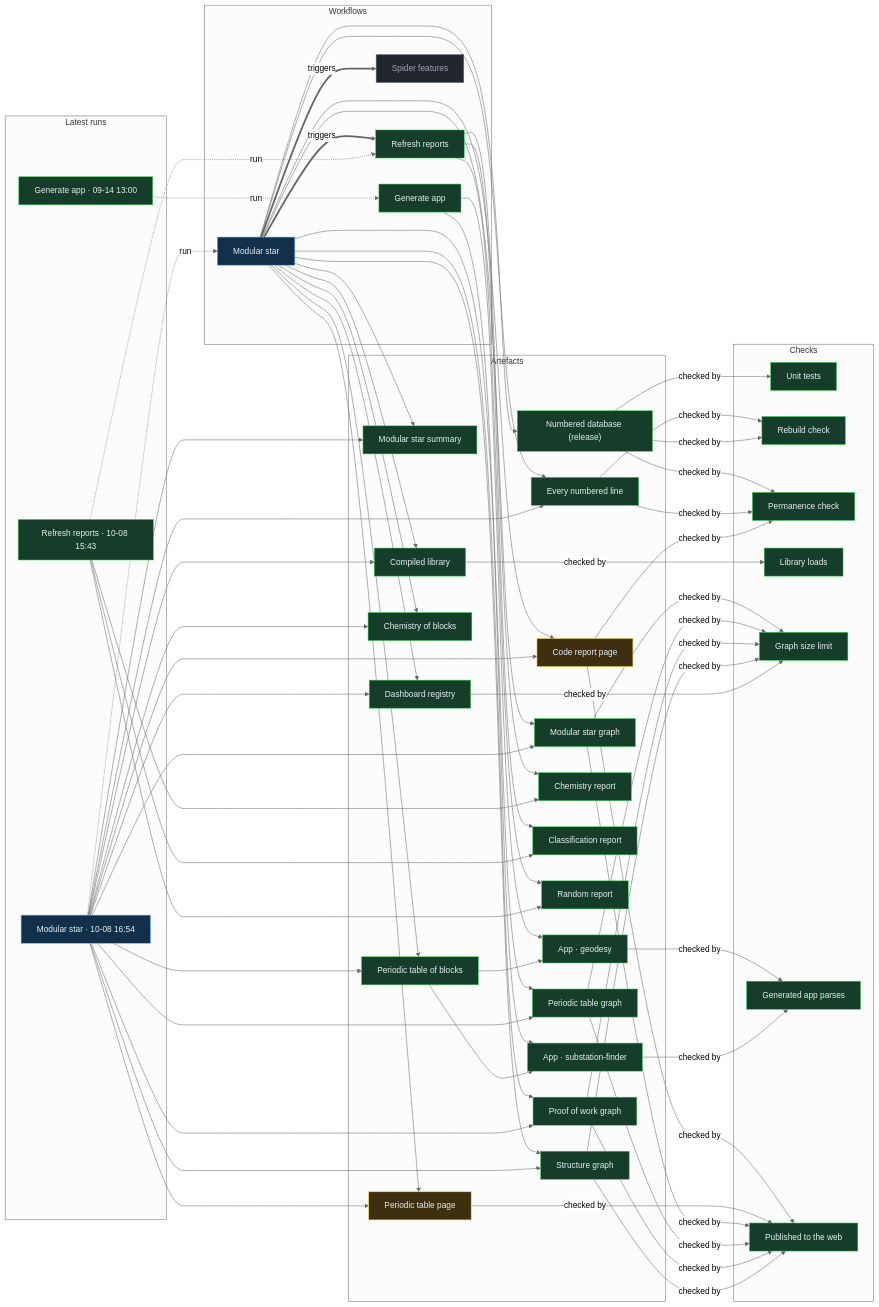
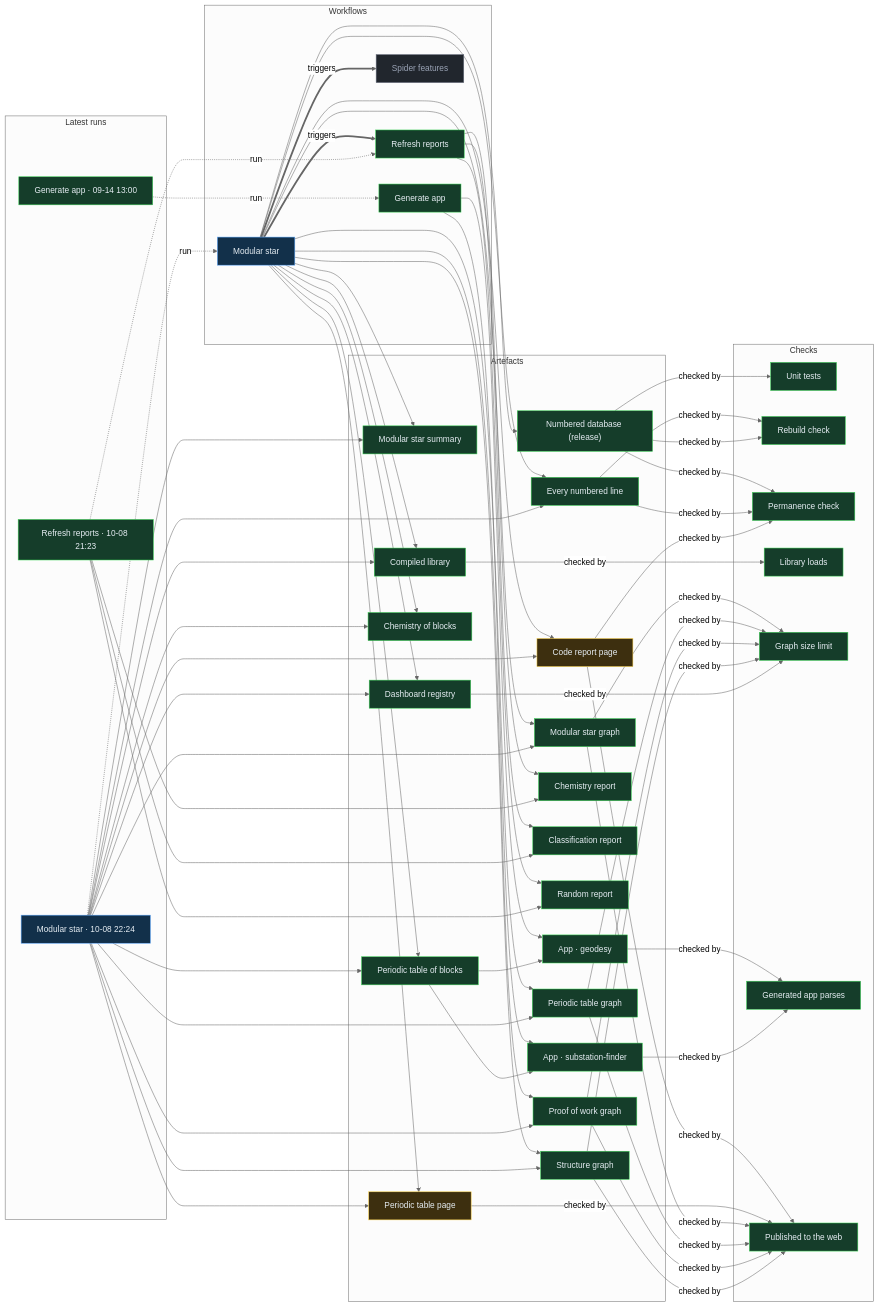
Before and after one commit to Ventusltd/stars: the diagram in proof/PROOF.md, drawn with Mermaid (neutral theme). The commit also changed other lines of this file and 34 other files, not shown here.

Commit message:
Modular star 2026-10-08T22:27Z

```diff
--- a/proof/PROOF.md
+++ b/proof/PROOF.md
@@ -24,8 +24,8 @@
   n_wf_spider_features["Spider features"]:::off
   end
   subgraph g_runs["Latest runs"]
-  n_run_37812383206["Modular star · 10-08 16:54"]:::live
-  n_run_37803147389["Refresh reports · 10-08 15:43"]:::ok
+  n_run_37853262440["Modular star · 10-08 22:24"]:::live
+  n_run_37846481859["Refresh reports · 10-08 21:23"]:::ok
   n_run_34846587798["Generate app · 09-14 13:00"]:::ok
   end
   subgraph g_artefacts["Artefacts"]
@@ -59,39 +59,39 @@
   end
   n_wf_modular_star == triggers ==> n_wf_refresh
   n_wf_modular_star == triggers ==> n_wf_spider_features
-  n_run_37812383206 -. run .-> n_wf_modular_star
-  n_run_37803147389 -. run .-> n_wf_refresh
+  n_run_37853262440 -. run .-> n_wf_modular_star
+  n_run_37846481859 -. run .-> n_wf_refresh
   n_run_34846587798 -. run .-> n_wf_generate
   n_wf_modular_star --> n_art_summary
-  n_run_37812383206 --> n_art_summary
+  n_run_37853262440 --> n_art_summary
   n_wf_modular_star --> n_art_lines
-  n_run_37812383206 --> n_art_lines
+  n_run_37853262440 --> n_art_lines
   n_wf_modular_star --> n_art_code
-  n_run_37812383206 --> n_art_code
+  n_run_37853262440 --> n_art_code
   n_wf_modular_star --> n_art_modular_graph
-  n_run_37812383206 --> n_art_modular_graph
+  n_run_37853262440 --> n_art_modular_graph
   n_wf_modular_star --> n_art_blocks
-  n_run_37812383206 --> n_art_blocks
+  n_run_37853262440 --> n_art_blocks
   n_wf_modular_star --> n_art_table
-  n_run_37812383206 --> n_art_table
+  n_run_37853262440 --> n_art_table
   n_wf_modular_star --> n_art_blocks_graph
-  n_run_37812383206 --> n_art_blocks_graph
+  n_run_37853262440 --> n_art_blocks_graph
   n_wf_modular_star --> n_art_reactions
-  n_run_37812383206 --> n_art_reactions
+  n_run_37853262440 --> n_art_reactions
   n_wf_modular_star --> n_art_library
-  n_run_37812383206 --> n_art_library
+  n_run_37853262440 --> n_art_library
   n_wf_modular_star --> n_art_features
-  n_run_37812383206 --> n_art_features
+  n_run_37853262440 --> n_art_features
   n_wf_modular_star --> n_art_proof
-  n_run_37812383206 --> n_art_proof
+  n_run_37853262440 --> n_art_proof
   n_wf_modular_star --> n_art_structure
-  n_run_37812383206 --> n_art_structure
+  n_run_37853262440 --> n_art_structure
   n_wf_refresh --> n_art_chemistry
-  n_run_37803147389 --> n_art_chemistry
+  n_run_37846481859 --> n_art_chemistry
   n_wf_refresh --> n_art_vedic
-  n_run_37803147389 --> n_art_vedic
+  n_run_37846481859 --> n_art_vedic
   n_wf_refresh --> n_art_random
-  n_run_37803147389 --> n_art_random
+  n_run_37846481859 --> n_art_random
   n_wf_modular_star --> n_art_release
   n_wf_generate --> n_app_geodesy
   n_art_blocks --> n_app_geodesy
```
